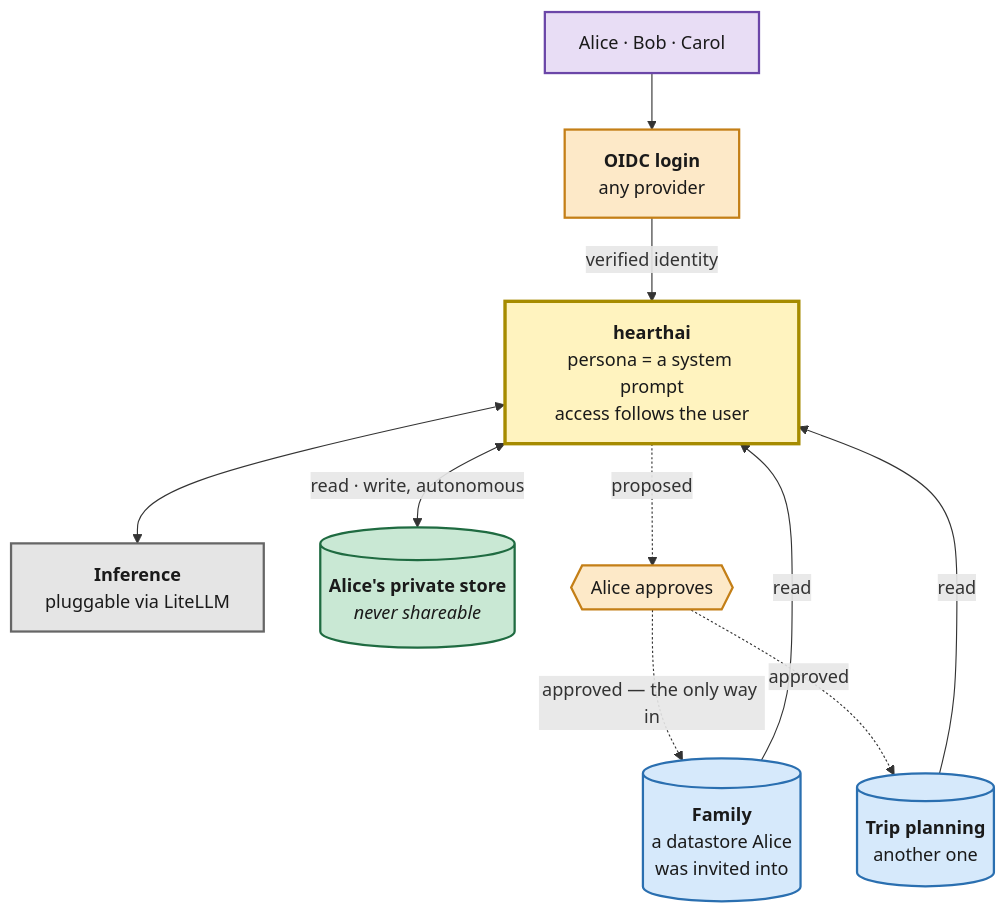
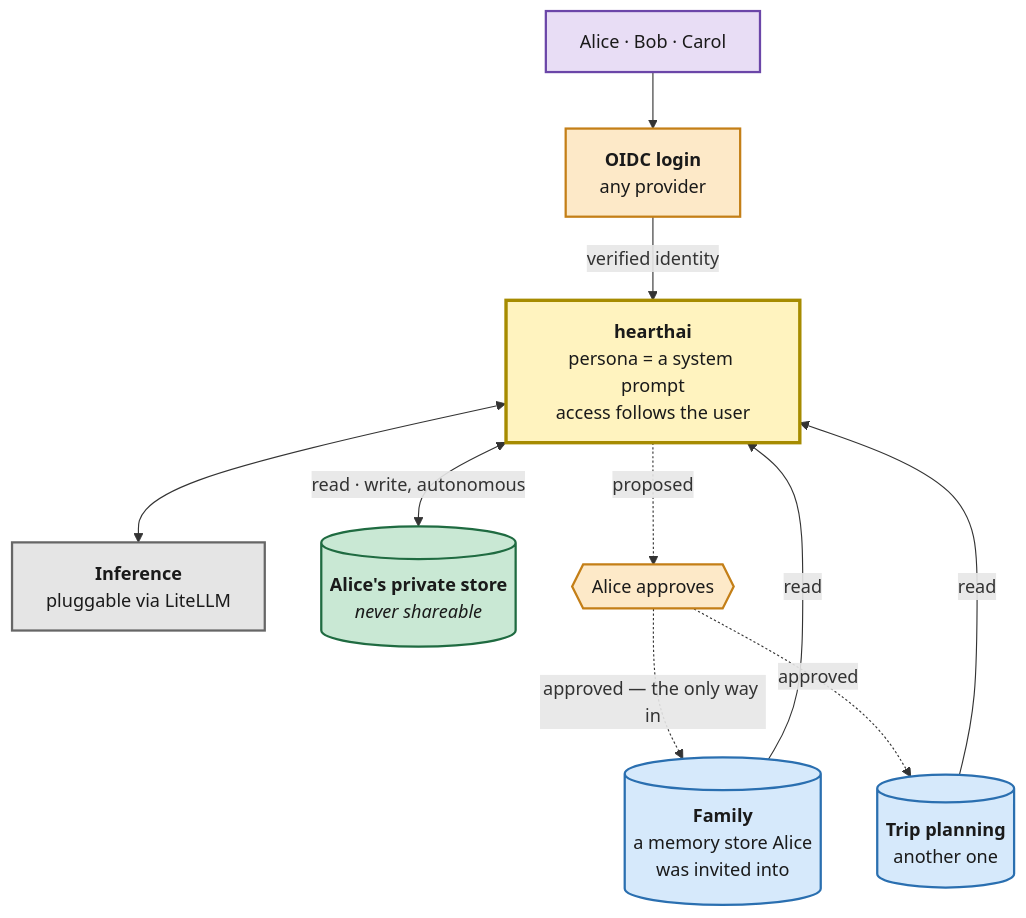
The diagram in README.md (jokajak/hearthai), drawn with Mermaid before and after one commit. The commit also changed other lines of this file and 1 other file, not shown here.

First line of the commit message:
Rename datastore to memory store

````diff
--- a/README.md
+++ b/README.md
@@ -19,28 +19,28 @@
 ```mermaid
 flowchart TB
     U["Alice · Bob · Carol"]:::person
     OIDC["<b>OIDC login</b><br/>any provider"]:::gate
     H["<b>hearthai</b><br/>persona = a system prompt<br/>access follows the user"]:::core
     INF["<b>Inference</b><br/>pluggable via LiteLLM"]:::inf
     PRIV[("<b>Alice's private store</b><br/><i>never shareable</i>")]:::priv
-    SH1[("<b>Family</b><br/>a datastore Alice<br/>was invited into")]:::shared
+    SH1[("<b>Family</b><br/>a memory store Alice<br/>was invited into")]:::shared
     SH2[("<b>Trip planning</b><br/>another one")]:::shared
     OK{{"Alice approves"}}:::gate
 
     U --> OIDC
     OIDC -->|"verified identity"| H
     H <--> INF
     H <-->|"read · write, autonomous"| PRIV
     SH1 -->|read| H
     SH2 -->|read| H
     H -. "proposed" .-> OK
     OK -. "approved — the only way in" .-> SH1
     OK -. "approved" .-> SH2
 
     classDef person fill:#e8ddf5,stroke:#6b46a8,stroke-width:2px,color:#1a1a1a
     classDef gate fill:#fde9c8,stroke:#c47f17,stroke-width:2px,color:#1a1a1a
     classDef core fill:#fff3bf,stroke:#a68b00,stroke-width:3px,color:#1a1a1a
     classDef inf fill:#e5e5e5,stroke:#666666,stroke-width:2px,color:#1a1a1a
     classDef priv fill:#c9e8d4,stroke:#1f6b41,stroke-width:2px,color:#1a1a1a
     classDef shared fill:#d6e9fb,stroke:#2a6fb0,stroke-width:2px,color:#1a1a1a
 ```
````
